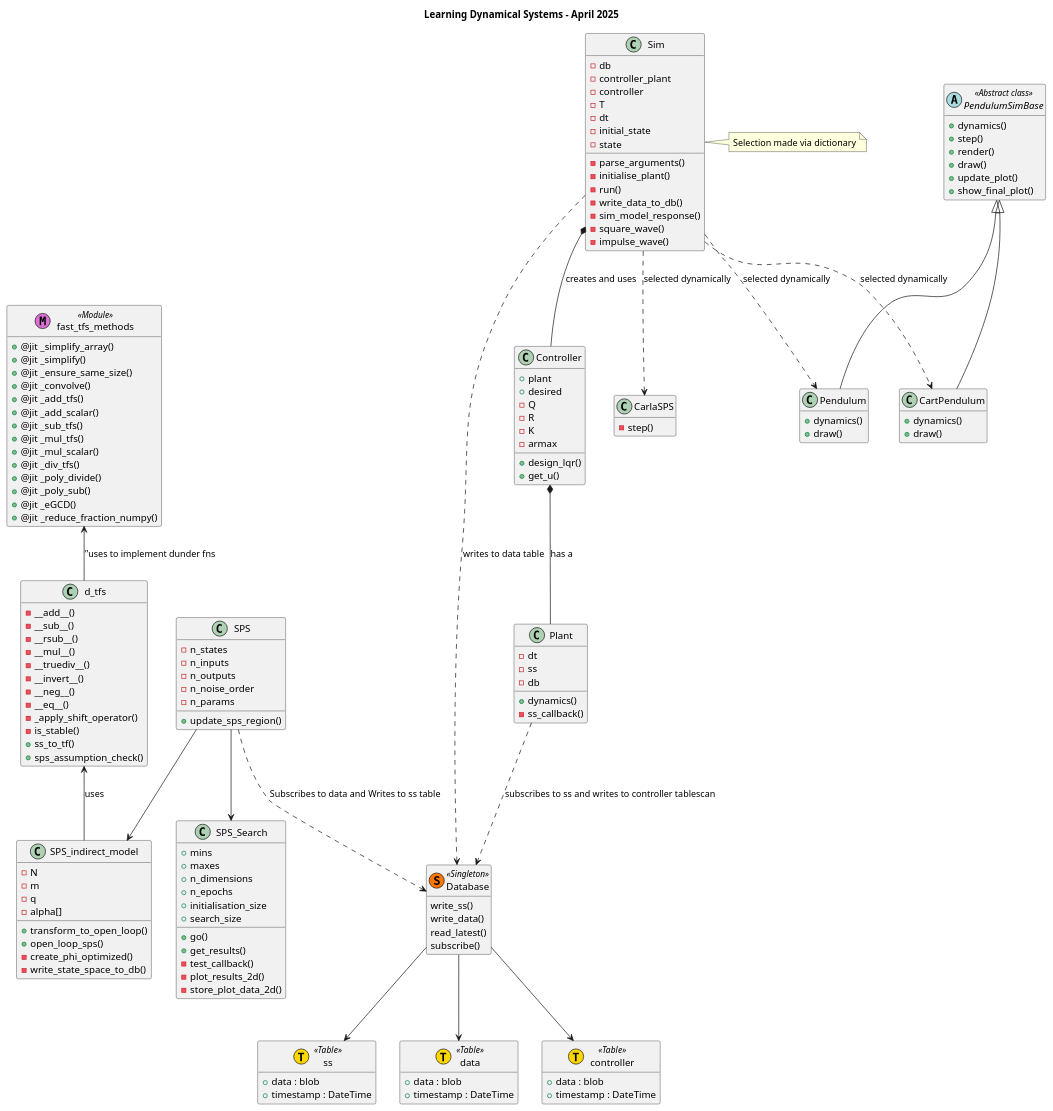
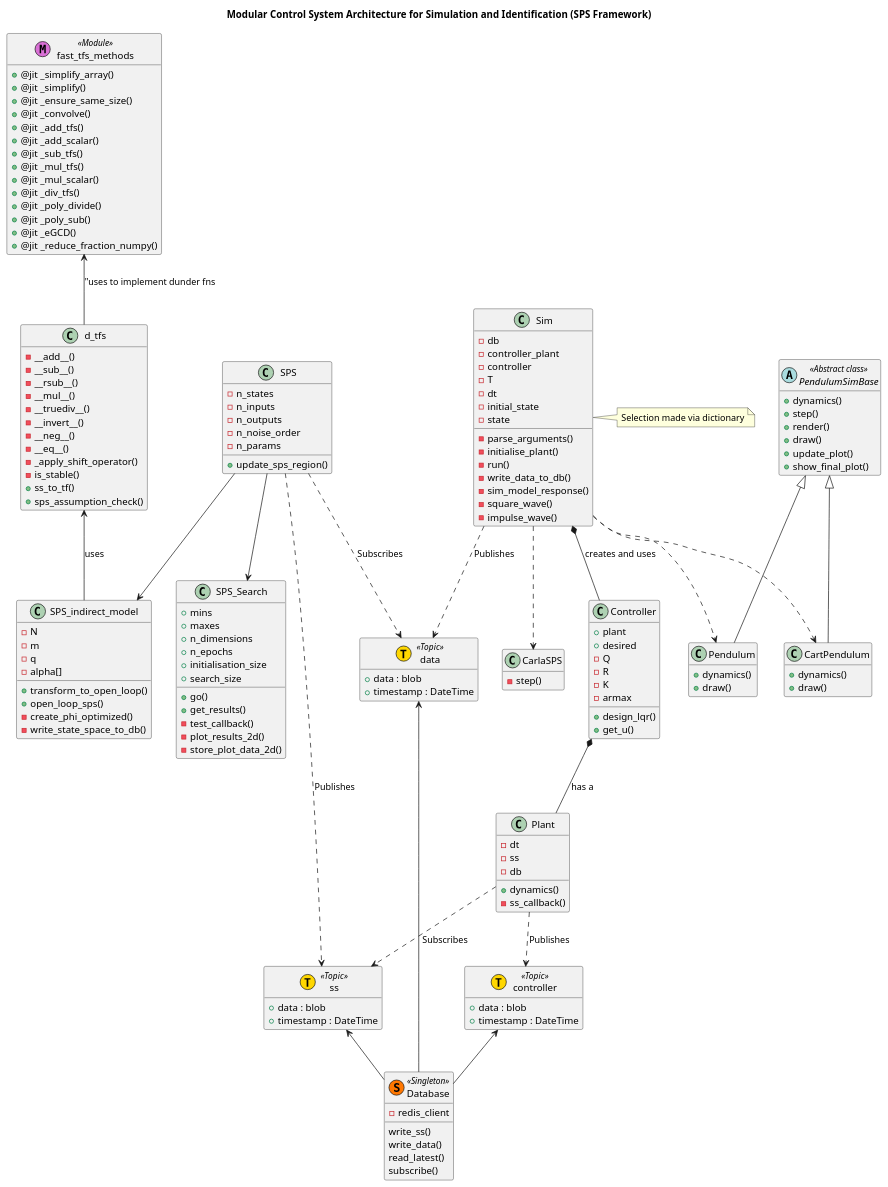
The diagram in plant_uml_diagrams/class_diagrams/class_diagram.plantuml (Muckthebuck/Learning-Dynamic-Systems), drawn with PlantUML before and after one commit. The commit also changed 10 other files, not shown here.

```diff
--- a/plant_uml_diagrams/class_diagrams/class_diagram.plantuml
+++ b/plant_uml_diagrams/class_diagrams/class_diagram.plantuml
@@ -1,5 +1,5 @@
 @startuml
-title Learning Dynamical Systems - April 2025
+title Modular Control System Architecture for Simulation and Identification (SPS Framework)
 ' SPS '
 
 class fast_tfs_methods << (M,orchid) Module >> {
@@ -59,7 +59,8 @@
     + update_sps_region()
 }
 
-SPS ..> Database : "Subscribes to data and Writes to ss table"
+SPS ..> data : "Subscribes"
+SPS ....> ss : "Publishes"
 SPS --> SPS_indirect_model
 SPS --> SPS_Search
 
@@ -120,7 +121,9 @@
 }
 
 Controller *-- Plant : "has a"
-Plant ..> Database : "subscribes to ss and writes to controller tablescan"
+Plant ..> ss : "Subscribes"
+Plant ..> controller : "Publishes"
+
 
 ' Simulation '
 
@@ -142,16 +145,17 @@
     - impulse_wave()
 }
 
-Sim ..> CarlaSPS : "selected dynamically"
-Sim ..> Pendulum : "selected dynamically"
-Sim ..> CartPendulum : "selected dynamically"
+Sim ..> CarlaSPS 
+Sim ..> Pendulum 
+Sim ..> CartPendulum 
 
 note right of Sim
   Selection made via dictionary
 end note
 
-Sim ..> Database : "writes to data table"
+
 Sim *-- Controller : "creates and uses"
+Sim ..> data : "Publishes"
 
 abstract class PendulumSimBase <<Abstract class>> {
     + dynamics()
@@ -174,32 +178,33 @@
 
 
 
-' database classes '
+' Database classes '
 class Database  << (S,#FF7700) Singleton >> {
+    - redis_client
     {method} write_ss()
     {method} write_data()
     {method} read_latest()
     {method} subscribe()
 }
 
-class ss  << (T,gold) Table >> {
+class ss  << (T,gold) Topic >> {
     + data : blob
     + timestamp : DateTime
 }
-class data << (T,gold) Table >> {
+class data << (T,gold) Topic >> {
     + data : blob
     + timestamp : DateTime
 }
 
-class controller << (T,gold) Table >> {
+class controller << (T,gold) Topic >> {
     + data : blob
     + timestamp : DateTime
 
 }
 
-Database --> ss
-Database --> data
-Database --> controller
+Database -up-> ss
+Database -up-> data
+Database -up-> controller
 
 
 hide empty members
```
